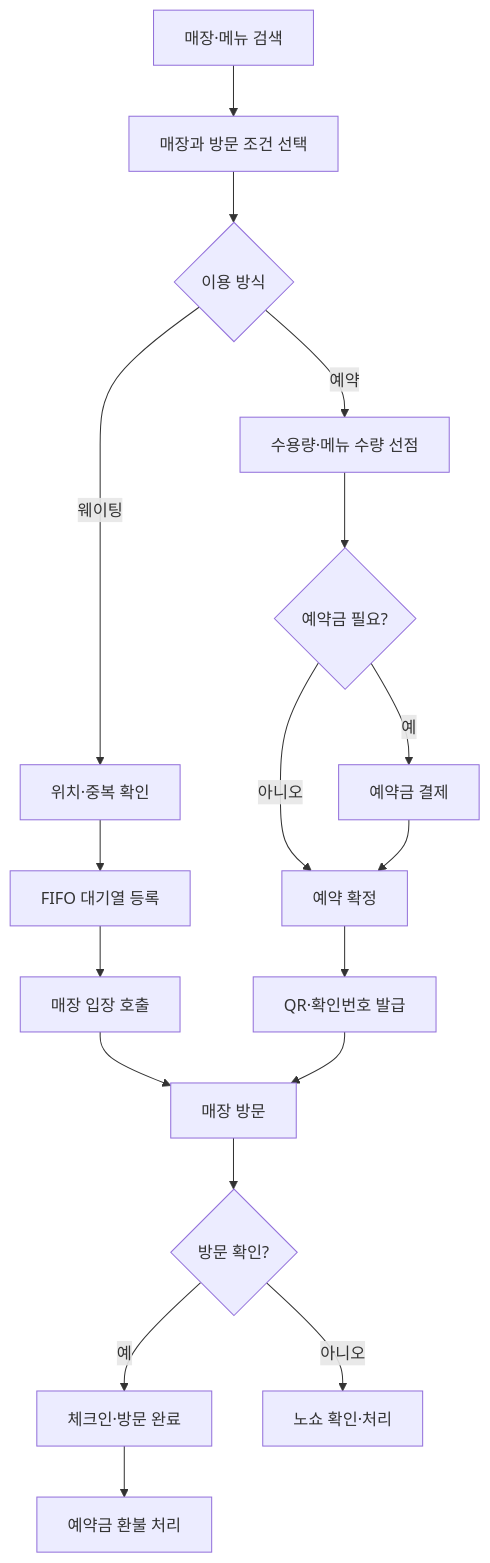
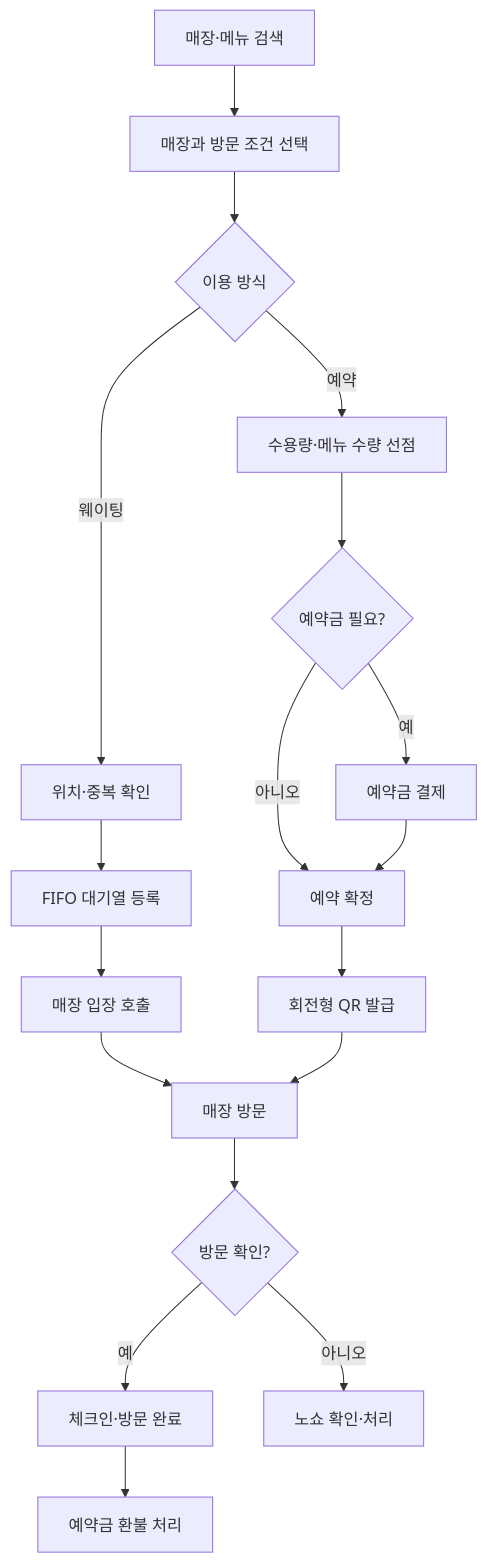
The first of 6 diagrams in docs/flowcharts/flowchart.md (sparta-spring4/Commerce-Final-Project-MiriYum), drawn with Mermaid before and after one commit. The commit also changed other lines of this file and 8 other files, not shown here.

````diff
--- a/docs/flowcharts/flowchart.md
+++ b/docs/flowcharts/flowchart.md
@@ -93,24 +93,24 @@
 ```mermaid
 flowchart TD
     A["매장·메뉴 검색"] --> B["매장과 방문 조건 선택"]
     B --> C{"이용 방식"}
 
     C -- "예약" --> D["수용량·메뉴 수량 선점"]
     D --> E{"예약금 필요?"}
     E -- "예" --> F["예약금 결제"]
     E -- "아니오" --> G["예약 확정"]
     F --> G
 
     C -- "웨이팅" --> H["위치·중복 확인"]
     H --> I["FIFO 대기열 등록"]
     I --> J["매장 입장 호출"]
 
-    G --> K["QR·확인번호 발급"]
+    G --> K["회전형 QR 발급"]
     J --> L["매장 방문"]
     K --> L
 
     L --> M{"방문 확인?"}
     M -- "예" --> N["체크인·방문 완료"]
     N --> O["예약금 환불 처리"]
     M -- "아니오" --> P["노쇼 확인·처리"]
 ```
````
